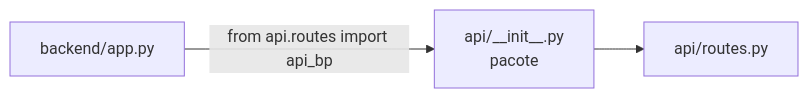
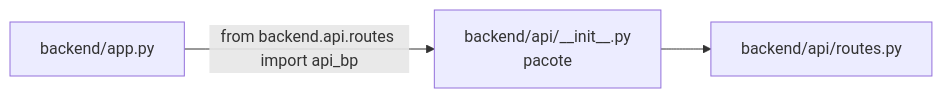
Before and after one commit to Samir-SAPSD/SolicitadorMobilizacao-BR4: the diagram in solicitador-mobilizacao-docs/docs/files/api-init.md, drawn with Mermaid. The commit also changed other lines of this file and 26 other files, not shown here.

````diff
--- a/solicitador-mobilizacao-docs/docs/files/api-init.md
+++ b/solicitador-mobilizacao-docs/docs/files/api-init.md
@@ -32,5 +34,5 @@
 ```mermaid
 graph LR
-    app[backend/app.py] -->|from api.routes import api_bp| init[api/__init__.py\npacote]
-    init --> routes[api/routes.py]
+    app[backend/app.py] -->|from backend.api.routes import api_bp| init[backend/api/__init__.py\npacote]
+    init --> routes[backend/api/routes.py]
 ```
````
